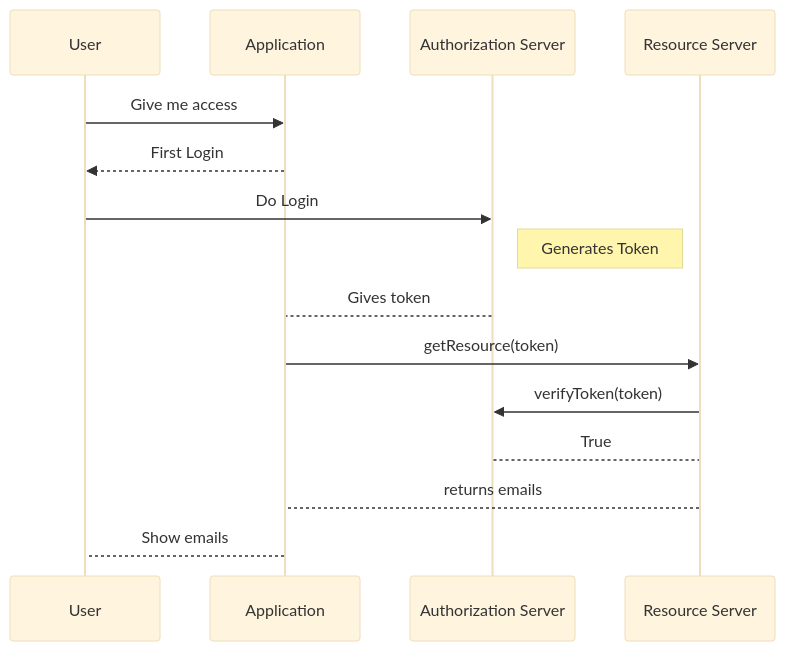
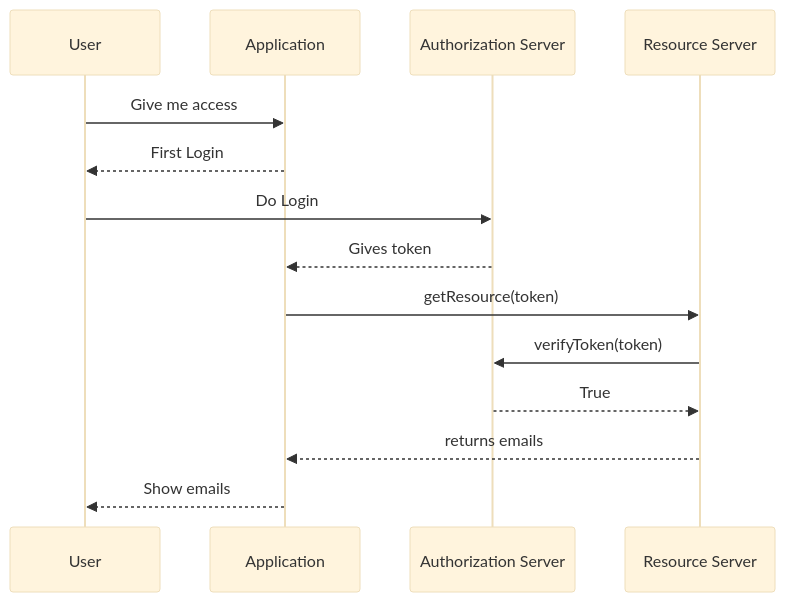
Before and after one commit to KiranACD/project-notes: the diagram in README.md, drawn with Mermaid (base theme).

Commit message:
More changes to arrow

````diff
--- a/README.md
+++ b/README.md
@@ -1001,14 +1001,13 @@
 ```mermaid
 sequenceDiagram
 User ->> Application: Give me access
 Application -->> User: First Login
 User ->> Authorization Server: Do Login
-Note right of Authorization Server: Generates Token
-Authorization Server --> Application: Gives token
+Authorization Server -->> Application: Gives token
 Application ->> Resource Server: getResource(token)
 Resource Server ->> Authorization Server: verifyToken(token)
-Authorization Server --> Resource Server: True
-Resource Server --> Application: returns emails
-Application --> User: Show emails
+Authorization Server -->> Resource Server: True
+Resource Server -->> Application: returns emails
+Application -->> User: Show emails
 
 ```
````
